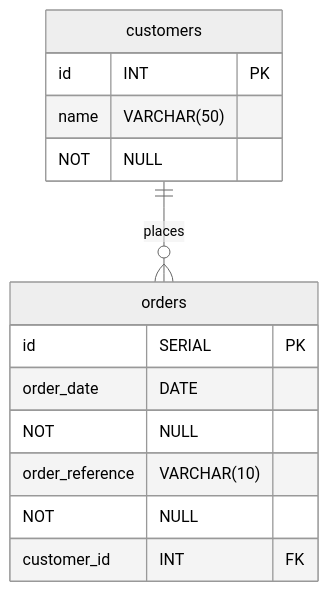
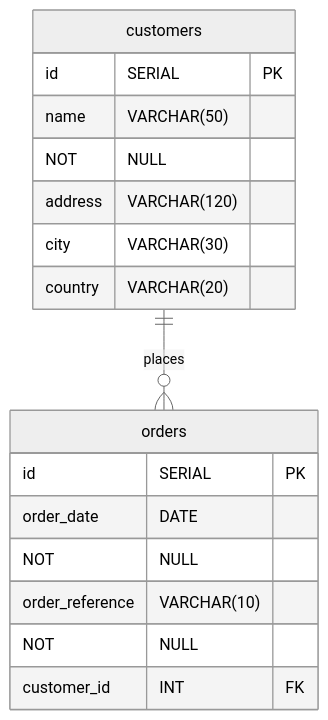
The diagram in E-Commerce/readme.md (CodeYourFuture/Module-Databases), drawn with Mermaid (neutral theme) before and after one commit.

Commit message:
erDiagram between customers and orders

````diff
--- a/E-Commerce/readme.md
+++ b/E-Commerce/readme.md
@@ -35,14 +35,17 @@
 ```mermaid
 erDiagram
     customers {
-        id INT PK
-        name VARCHAR(50) NOT NULL
+id SERIAL PK
+name VARCHAR(50) NOT NULL
+address VARCHAR(120)
+city VARCHAR(30)
+country VARCHAR(20)
     }
     customers ||--o{ orders : places
     orders {
         id SERIAL PK
     order_date DATE NOT NULL
     order_reference VARCHAR(10) NOT NULL
     customer_id INT FK
     }
 ```
````
